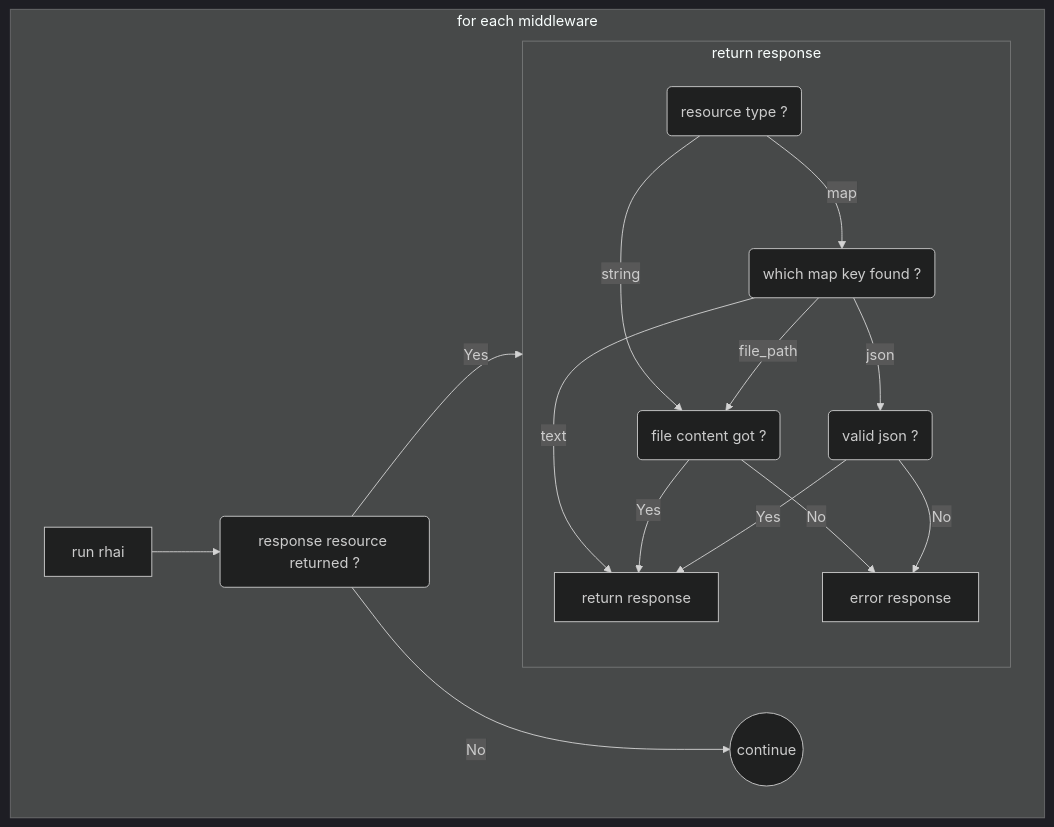
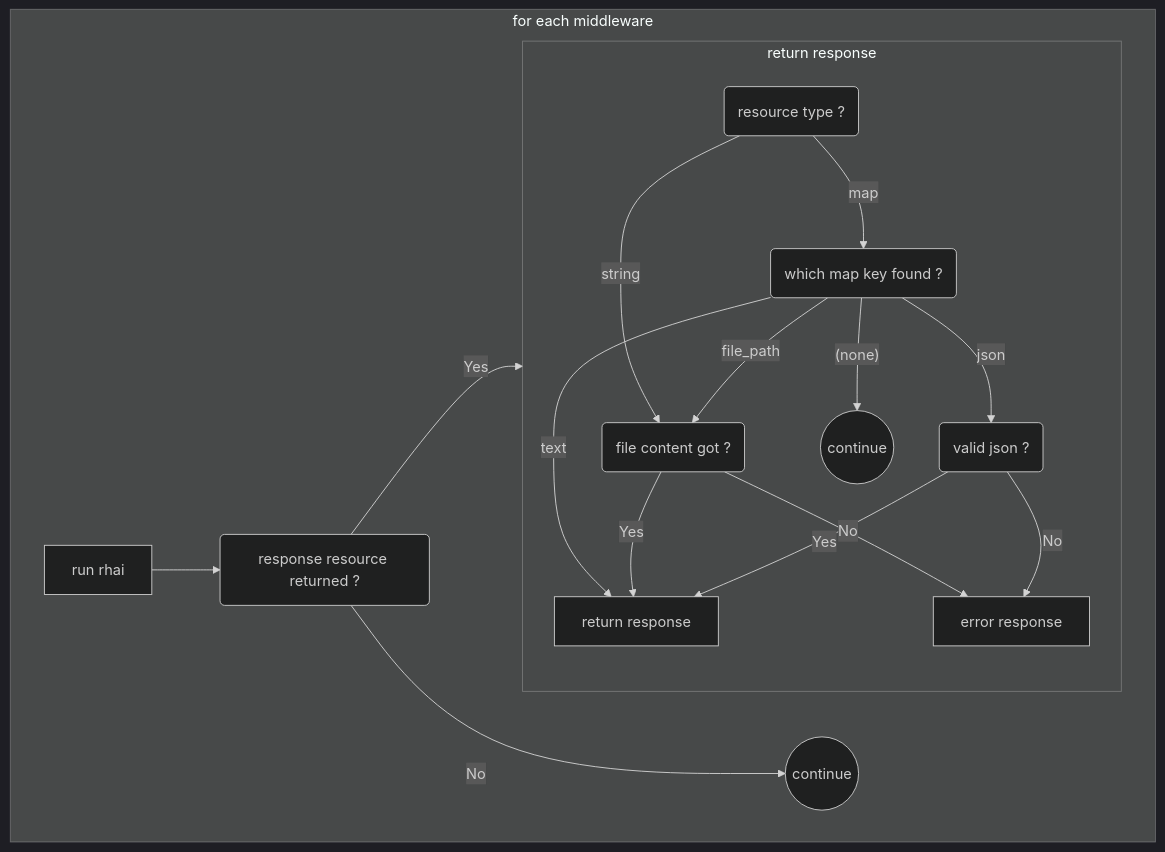
One commit to apimokka/apimock-rs changed the second of 4 diagrams in docs/technical-referrence/design/response/README.md. Above: the diagram before and after it, drawn with Mermaid (dark theme). The commit also changed 2 other files, not shown here.

Commit message:
middleware diagram / desc

````diff
--- a/docs/technical-referrence/design/response/README.md
+++ b/docs/technical-referrence/design/response/README.md
@@ -50,32 +50,34 @@
 ```mermaid
 flowchart TD
 
     subgraph MW[for each middleware]
         MW1[run rhai]
         MW2(response resource returned ?)
 
         subgraph MWR[return response]
             MWR1(resource type ?)
             MWR2(which map key found ?)
             MWR3(file content got ?)
             MWR4(valid json ?)
             MWR5[return response]
             MWR6[error response]
+            MWRZ(("continue"))
         end
 
         Z(("continue"))
     end
 
     MW1 -->MW2
     MW2 -->|Yes| MWR
     MW2 -->|No| Z
     MWR1 -->|string| MWR3
     MWR1 -->|map| MWR2
     MWR2 -->|file_path| MWR3
     MWR2 -->|json| MWR4
     MWR2 -->|text| MWR5
+    MWR2 -->|"(none)"| MWRZ
     MWR3 -->|Yes| MWR5
     MWR3 -->|No| MWR6
     MWR4 -->|Yes| MWR5
     MWR4 -->|No| MWR6
 ```
````
